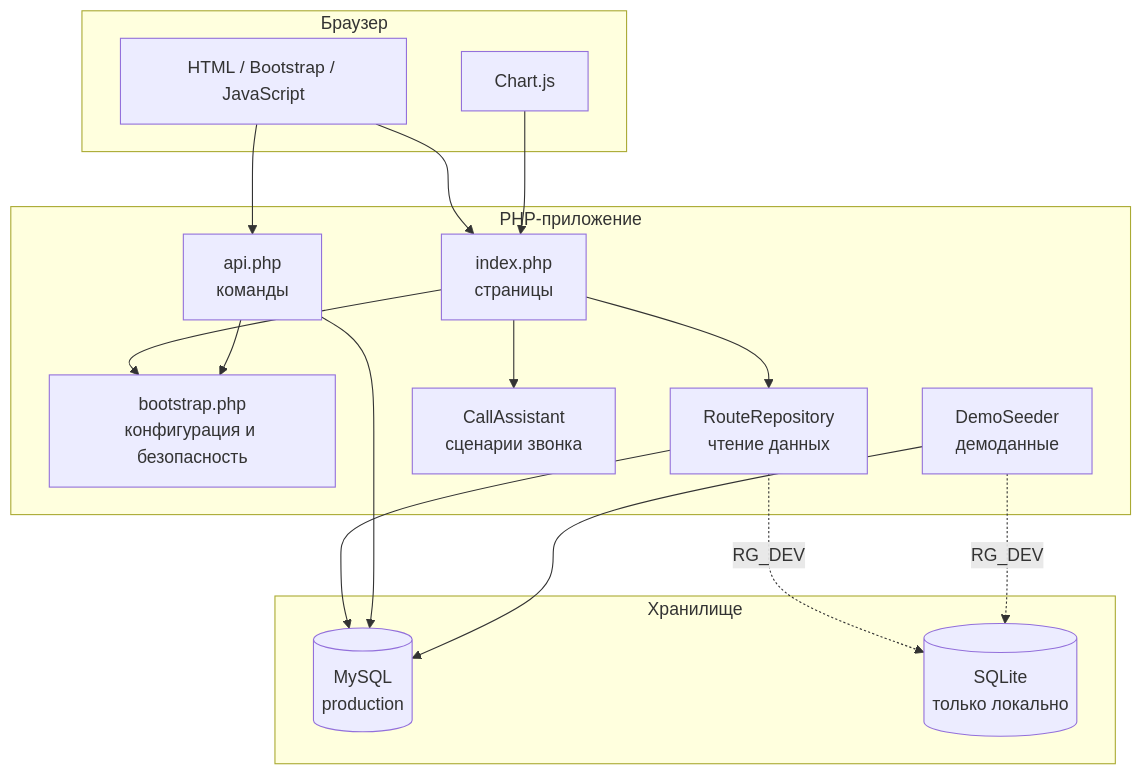
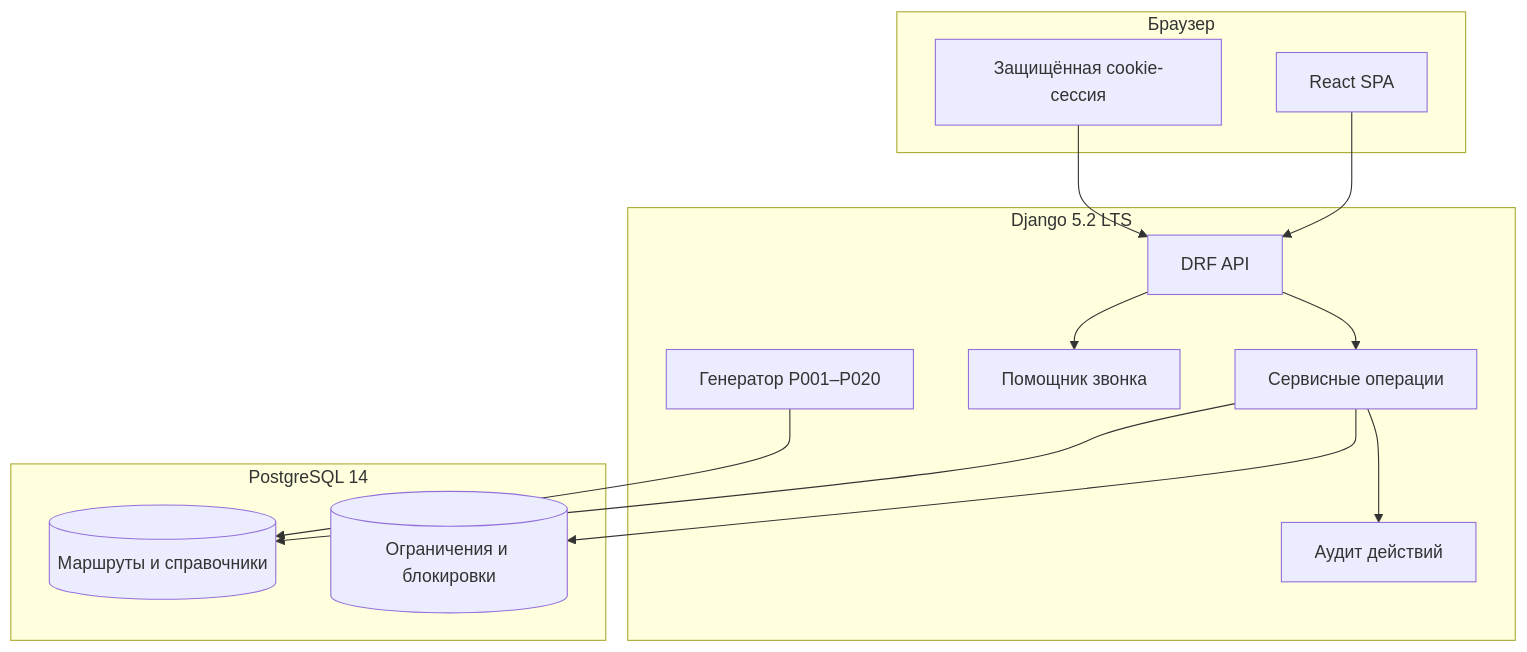
The diagram in docs/ARCHITECTURE.md (vladislav999xd-rgb/routeguard), drawn with Mermaid before and after one commit. The commit also changed other lines of this file and 68 other files, not shown here.

````diff
--- a/docs/ARCHITECTURE.md
+++ b/docs/ARCHITECTURE.md
@@ -7,34 +5,26 @@
 ```mermaid
 flowchart TB
-    subgraph Client[Браузер]
-        UI[HTML / Bootstrap / JavaScript]
-        CHART[Chart.js]
+    subgraph Browser[Браузер]
+      UI[React SPA]
+      SESSION[Защищённая cookie-сессия]
     end
-
-    subgraph Application[PHP-приложение]
-        INDEX[index.php<br/>страницы]
-        API[api.php<br/>команды]
-        BOOT[bootstrap.php<br/>конфигурация и безопасность]
-        REPO[RouteRepository<br/>чтение данных]
-        CALL[CallAssistant<br/>сценарии звонка]
-        SEED[DemoSeeder<br/>демоданные]
+    subgraph Application[Django 5.2 LTS]
+      API[DRF API]
+      DOMAIN[Сервисные операции]
+      CALL[Помощник звонка]
+      DEMO[Генератор P001–P020]
+      AUDIT[Аудит действий]
     end
-
-    subgraph Data[Хранилище]
-        MYSQL[(MySQL<br/>production)]
-        SQLITE[(SQLite<br/>только локально)]
+    subgraph Storage[PostgreSQL 14]
+      DATA[(Маршруты и справочники)]
+      LOCKS[(Ограничения и блокировки)]
     end
-
-    UI --> INDEX
     UI --> API
-    CHART --> INDEX
-    INDEX --> BOOT
-    API --> BOOT
-    INDEX --> REPO
-    INDEX --> CALL
-    REPO --> MYSQL
-    API --> MYSQL
-    SEED --> MYSQL
-    REPO -. RG_DEV .-> SQLITE
-    SEED -. RG_DEV .-> SQLITE
+    SESSION --> API
+    API --> DOMAIN
+    API --> CALL
+    DOMAIN --> DATA
+    DOMAIN --> LOCKS
+    DOMAIN --> AUDIT
+    DEMO --> DATA
 ```
````
